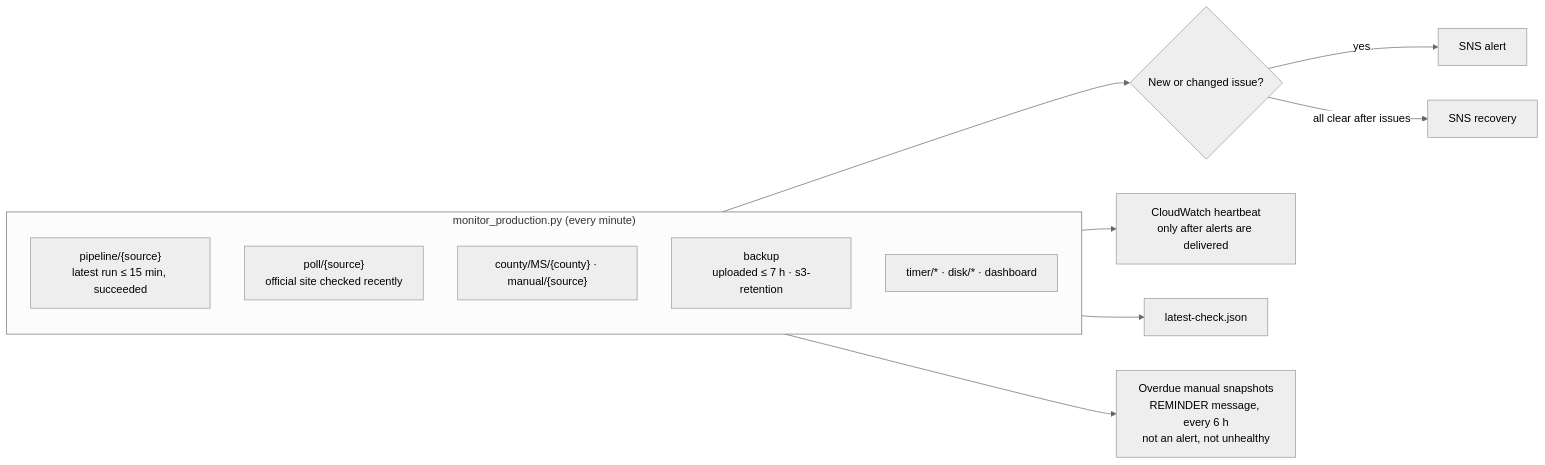
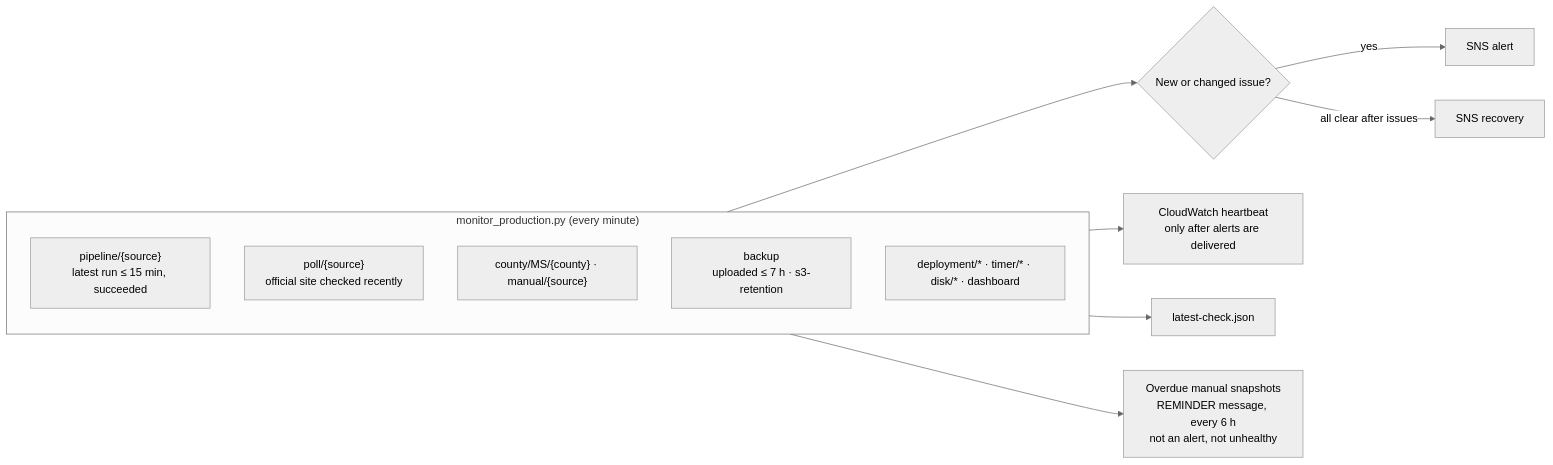
The fourth of 5 diagrams in docs/architecture/operations.md (Naman4561/us-election-results-pipeline), drawn with Mermaid (neutral theme) before and after one commit. The commit also changed other lines of this file and 11 other files, not shown here.

First line of the commit message:
refactor: remove dead code, update README and architecture docs

````diff
--- a/docs/architecture/operations.md
+++ b/docs/architecture/operations.md
@@ -67,16 +62,16 @@
 ```mermaid
 flowchart LR
     subgraph checks["monitor_production.py (every minute)"]
         c1["pipeline/{source}<br/>latest run ≤ 15 min, succeeded"]
         c2["poll/{source}<br/>official site checked recently"]
         c3["county/MS/{county} · manual/{source}"]
         c4["backup<br/>uploaded ≤ 7 h · s3-retention"]
-        c5["timer/* · disk/* · dashboard"]
+        c5["deployment/* · timer/* · disk/* · dashboard"]
     end
     checks --> DEC{"New or changed issue?"}
     DEC -- yes --> SNS["SNS alert"]
     DEC -- "all clear after issues" --> REC["SNS recovery"]
     checks --> HB["CloudWatch heartbeat<br/>only after alerts are delivered"]
     checks --> FILE["latest-check.json"]
     checks --> REM["Overdue manual snapshots<br/>REMINDER message, every 6 h<br/>not an alert, not unhealthy"]
 ```
````
